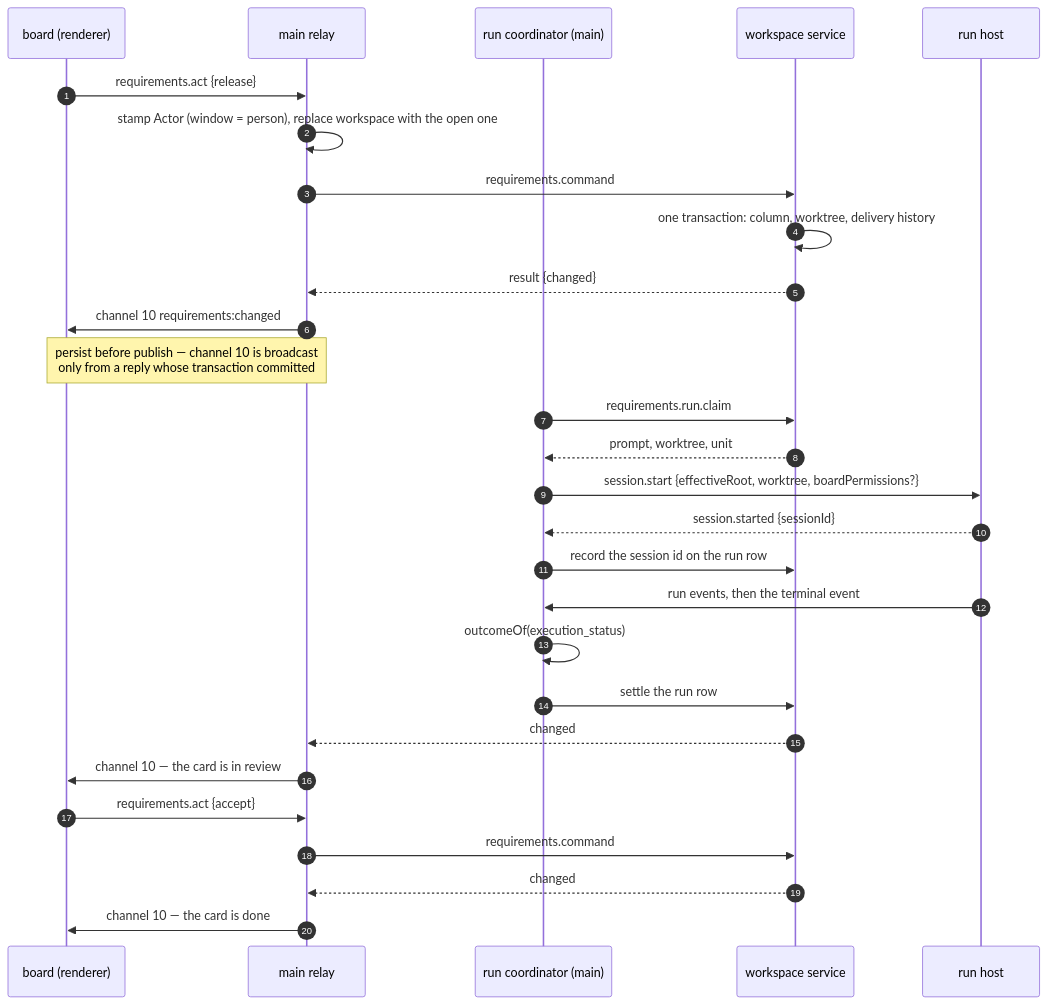
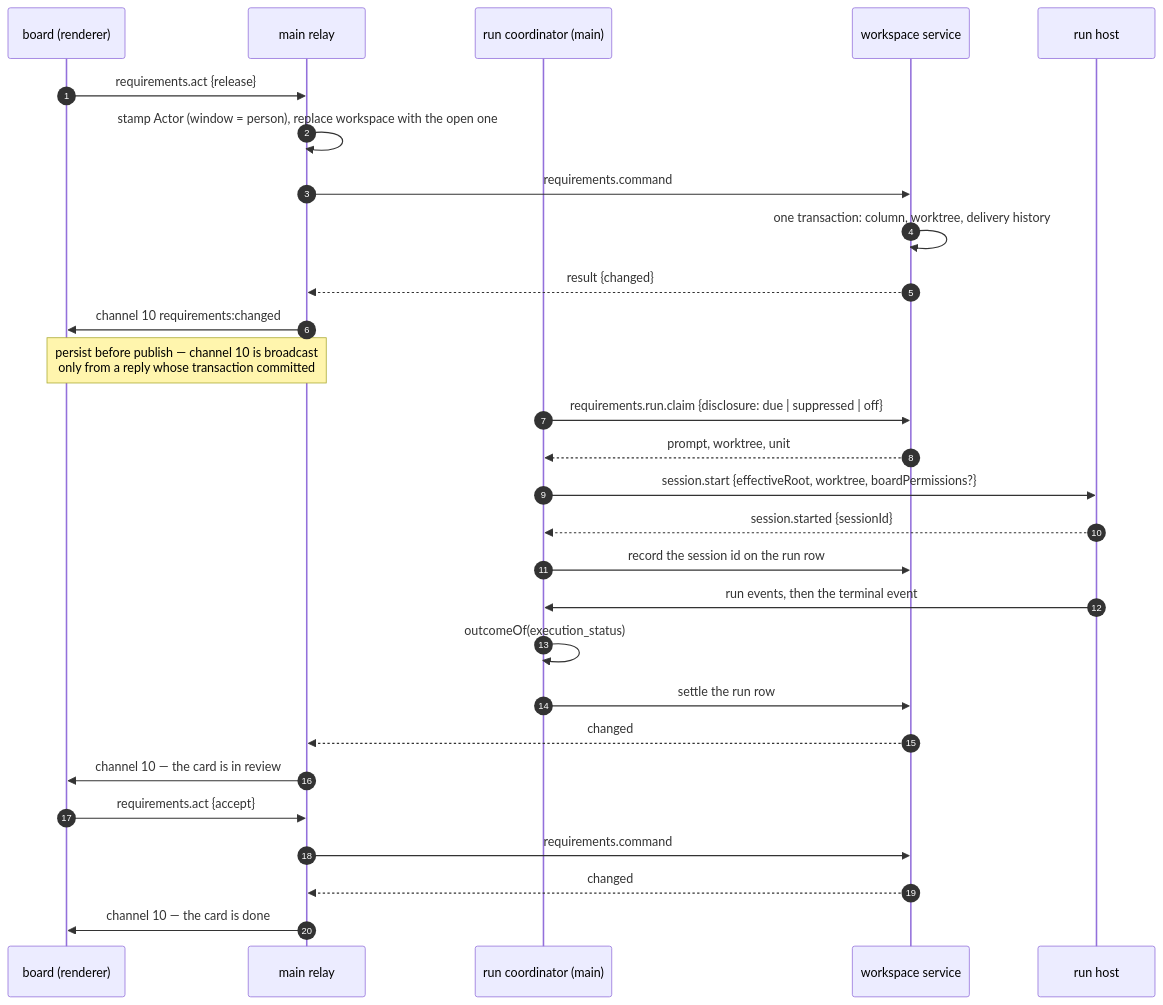
Before and after one commit to Concrete-Dynamics/Rotaris: the fourth of 5 diagrams in docs/architecture/views/06-sequences.md, drawn with Mermaid. The commit also changed other lines of this file and 13 other files, not shown here.

First line of the commit message:
fix(delivery): the restart recovery is not used up by a failed first parse, and the claim carries main's standing disclosure (REQ-TRACE-472, REQ-TRACE-482, REQ-TRACE-464)

````diff
--- a/docs/architecture/views/06-sequences.md
+++ b/docs/architecture/views/06-sequences.md
@@ -263,32 +263,32 @@
 ```mermaid
 sequenceDiagram
   autonumber
   participant B as board (renderer)
   participant M as main relay
   participant C as run coordinator (main)
   participant WS as workspace service
   participant RH as run host
 
   B->>M: requirements.act {release}
   M->>M: stamp Actor (window = person), replace workspace with the open one
   M->>WS: requirements.command
   WS->>WS: one transaction: column, worktree, delivery history
   WS-->>M: result {changed}
   M->>B: channel 10 requirements:changed
   Note over M,B: persist before publish — channel 10 is broadcast<br/>only from a reply whose transaction committed
 
-  C->>WS: requirements.run.claim
+  C->>WS: requirements.run.claim {disclosure: due | suppressed | off}
   WS-->>C: prompt, worktree, unit
   C->>RH: session.start {effectiveRoot, worktree, boardPermissions?}
   RH-->>C: session.started {sessionId}
   C->>WS: record the session id on the run row
   RH->>C: run events, then the terminal event
   C->>C: outcomeOf(execution_status)
   C->>WS: settle the run row
   WS-->>M: changed
   M->>B: channel 10 — the card is in review
   B->>M: requirements.act {accept}
   M->>WS: requirements.command
   WS-->>M: changed
   M->>B: channel 10 — the card is done
 ```
````
